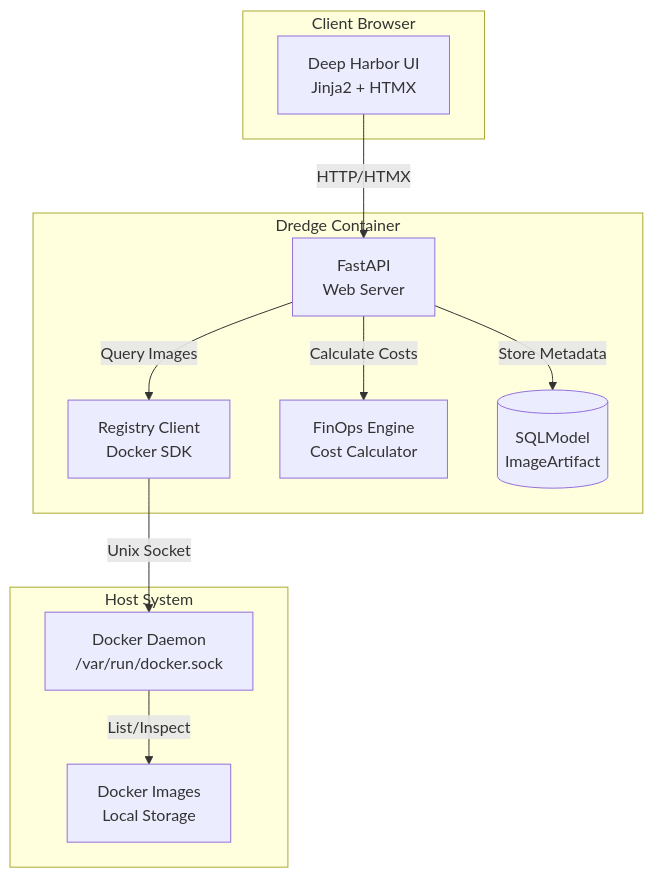
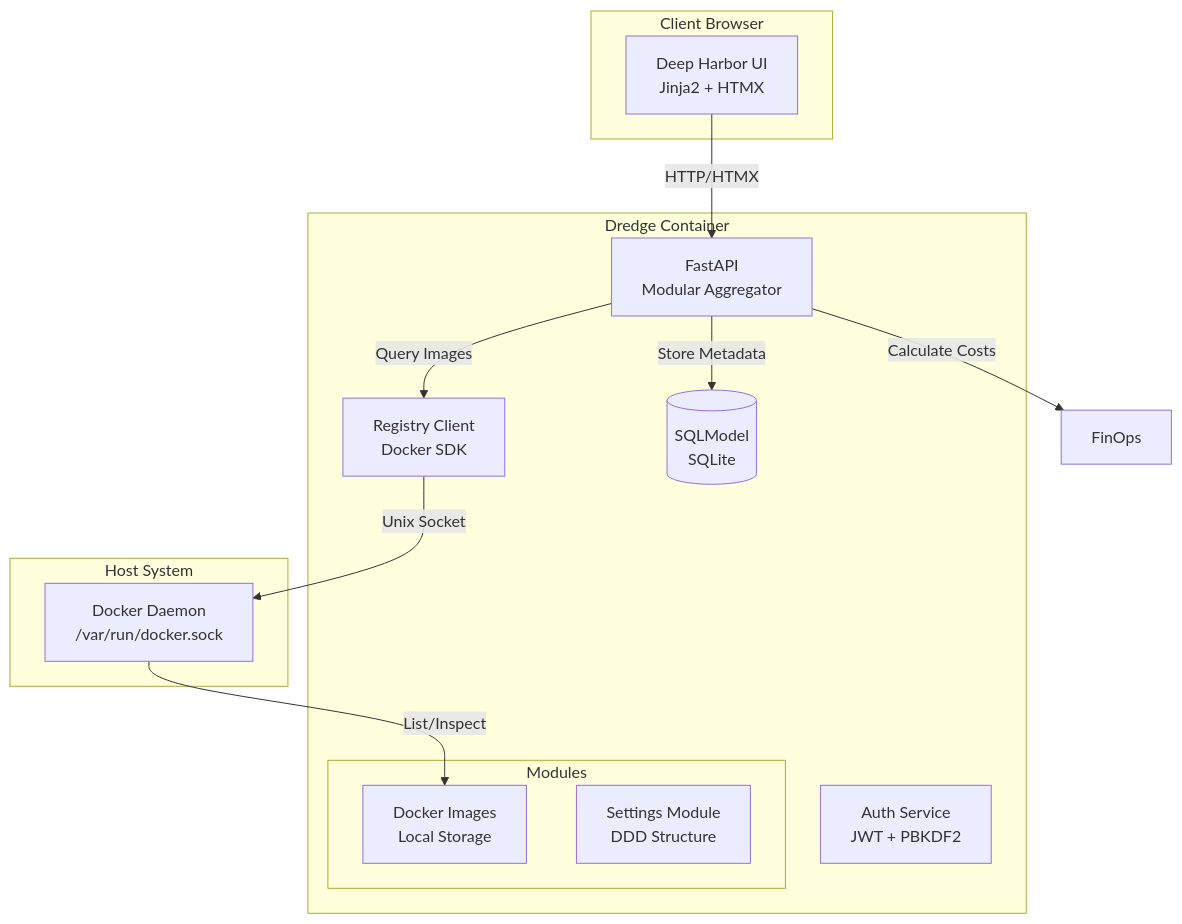
One commit to adam-benyekkou/Dredge changed the first of 2 diagrams in README.md. Above: the diagram before and after it, drawn with Mermaid. The commit also changed other lines of this file and 4 other files, not shown here.

Commit message:
docs: update documentation to reflect modular DDD, JWT auth, and health monitoring

````diff
--- a/README.md
+++ b/README.md
@@ -69,25 +82,29 @@
 ```mermaid
 graph TB
     subgraph "Client Browser"
         UI[Deep Harbor UI<br/>Jinja2 + HTMX]
     end
     
     subgraph "Dredge Container"
-        API[FastAPI<br/>Web Server]
+        API[FastAPI<br/>Modular Aggregator]
+        subgraph "Modules"
+            Images[Images Module<br/>DDD Structure]
+            Settings[Settings Module<br/>DDD Structure]
+        end
+        Auth[Auth Service<br/>JWT + PBKDF2]
         Registry[Registry Client<br/>Docker SDK]
-        FinOps[FinOps Engine<br/>Cost Calculator]
-        Models[(SQLModel<br/>ImageArtifact)]
+        Models[(SQLModel<br/>SQLite)]
     end
     
     subgraph "Host System"
         Docker[Docker Daemon<br/>/var/run/docker.sock]
         Images[Docker Images<br/>Local Storage]
     end
     
     UI -->|HTTP/HTMX| API
     API -->|Query Images| Registry
     API -->|Calculate Costs| FinOps
     Registry -->|Unix Socket| Docker
     Docker -->|List/Inspect| Images
     API -->|Store Metadata| Models
 ```
````
